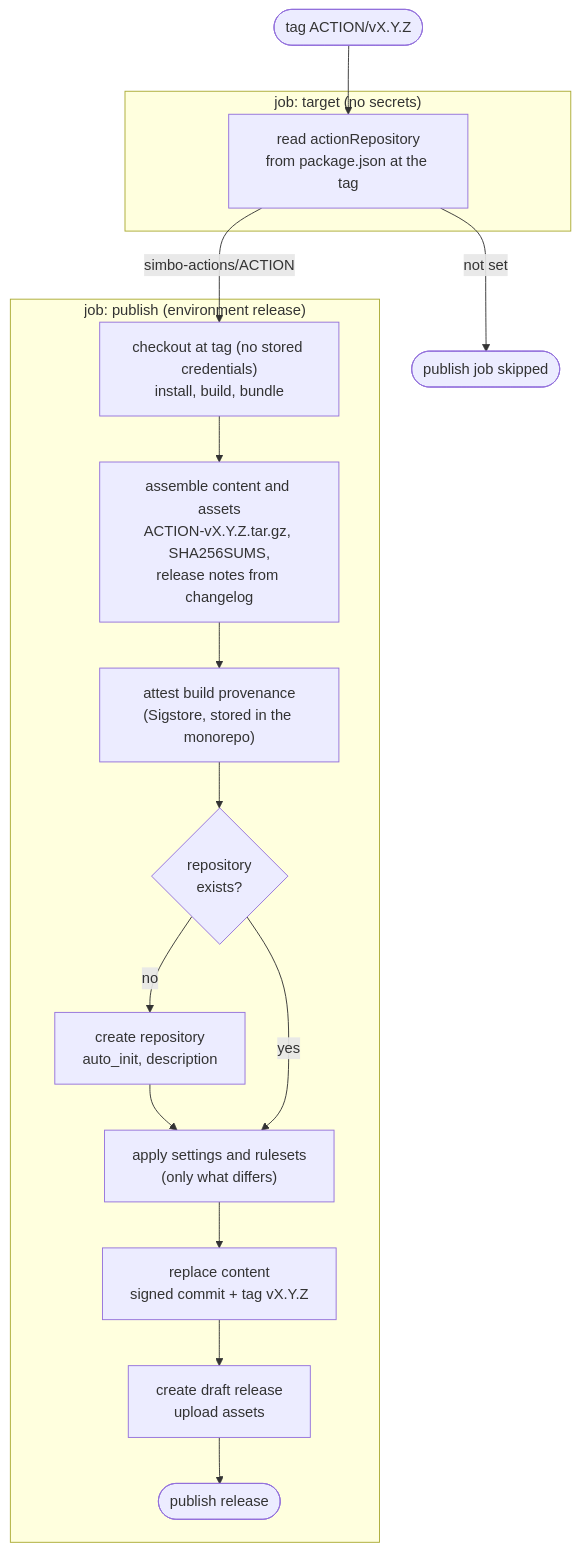
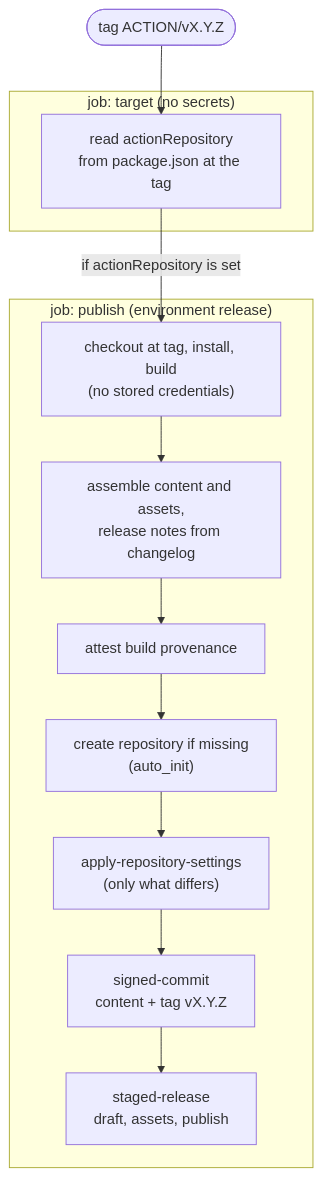
One commit to simbo-actions/actions changed the third of 6 diagrams in ARCHITECTURE.md. Above: the diagram before and after it, drawn with Mermaid. The commit also changed other lines of this file and 100 other files, not shown here.

First line of the commit message:
feat(repo): staged-release, apply-repository-settings, and dependency checks

````diff
--- a/ARCHITECTURE.md
+++ b/ARCHITECTURE.md
@@ -111,28 +121,22 @@
 ```mermaid
 flowchart TD
   tag(["tag ACTION/vX.Y.Z"]) --> target
 
   subgraph job1["job: target (no secrets)"]
     target["read actionRepository<br/>from package.json at the tag"]
   end
 
-  target -- "not set" --> skip(["publish job skipped"])
-  target -- "simbo-actions/ACTION" --> build
+  target -- "if actionRepository is set" --> build
 
   subgraph job2["job: publish (environment release)"]
-    build["checkout at tag (no stored credentials)<br/>install, build, bundle"]
-    assemble["assemble content and assets<br/>ACTION-vX.Y.Z.tar.gz, SHA256SUMS,<br/>release notes from changelog"]
-    attest["attest build provenance<br/>(Sigstore, stored in the monorepo)"]
-    exists{"repository<br/>exists?"}
-    create["create repository<br/>auto_init, description"]
-    configure["apply settings and rulesets<br/>(only what differs)"]
-    commit["replace content<br/>signed commit + tag vX.Y.Z"]
-    draft["create draft release<br/>upload assets"]
-    published(["publish release"])
+    build["checkout at tag, install, build<br/>(no stored credentials)"]
+    assemble["assemble content and assets,<br/>release notes from changelog"]
+    attest["attest build provenance"]
+    create["create repository if missing<br/>(auto_init)"]
+    configure["apply-repository-settings<br/>(only what differs)"]
+    commit["signed-commit<br/>content + tag vX.Y.Z"]
+    release["staged-release<br/>draft, assets, publish"]
 
-    build --> assemble --> attest --> exists
-    exists -- no --> create --> configure
-    exists -- yes --> configure
-    configure --> commit --> draft --> published
+    build --> assemble --> attest --> create --> configure --> commit --> release
   end
 ```
````
